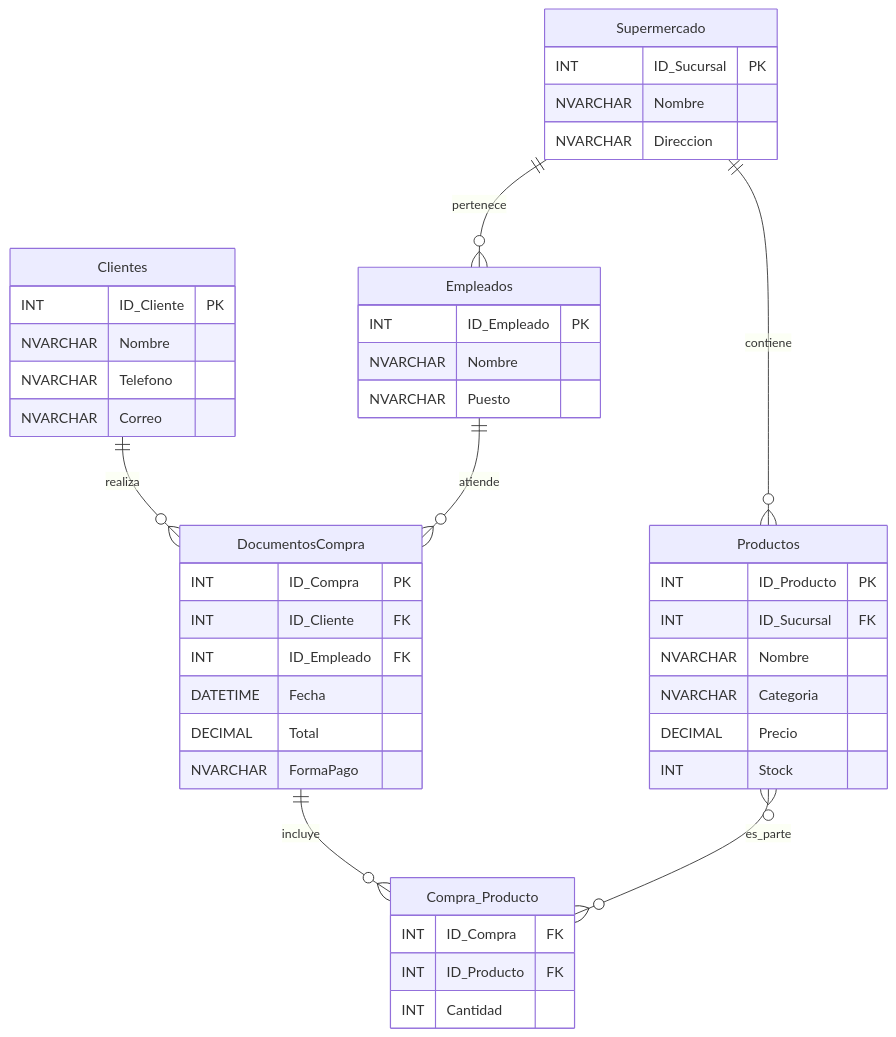
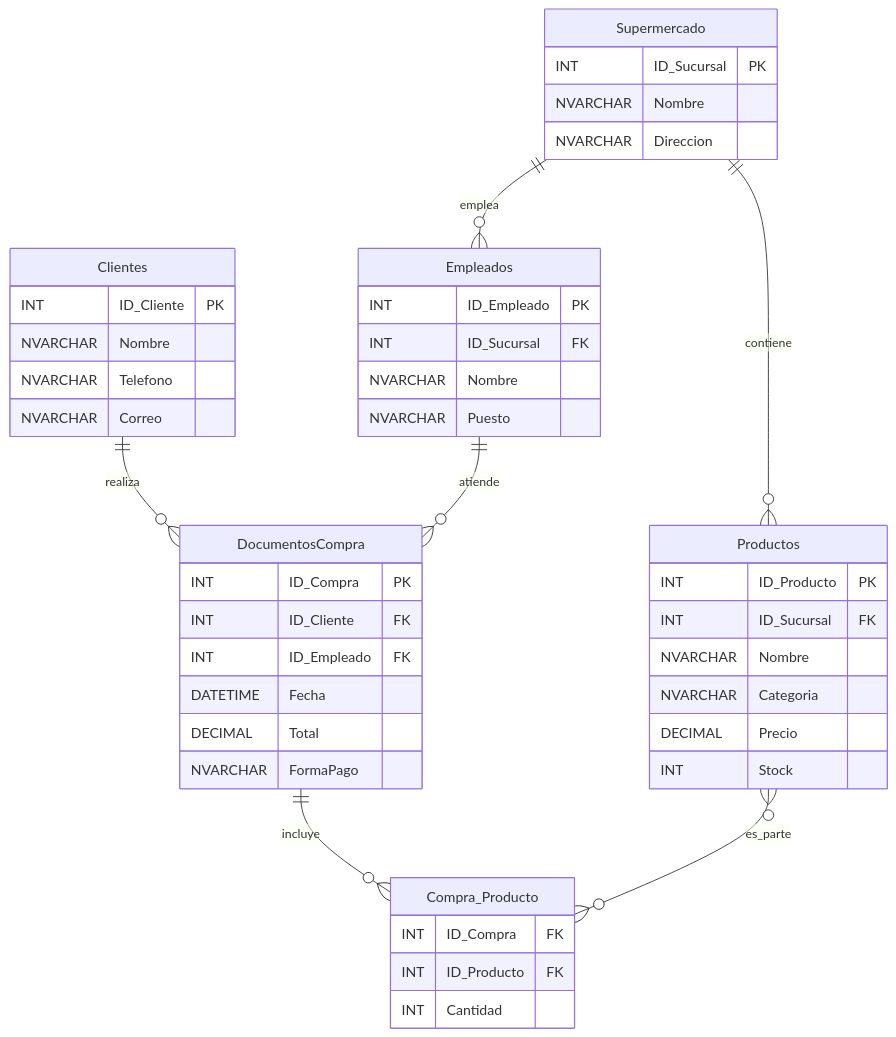
Before and after one commit to ElJoamy/Analisis-de-datos-SQL: the diagram in Tareas/Session1/modelo_conceptual_logico.md, drawn with Mermaid. The commit also changed other lines of this file, not shown here.

Commit message:
update ER

```diff
--- a/Tareas/Session1/modelo_conceptual_logico.md
+++ b/Tareas/Session1/modelo_conceptual_logico.md
@@ -111,52 +113,53 @@
 <div class="mermaid">
 erDiagram
+    Supermercado {
+        INT ID_Sucursal PK
+        NVARCHAR Nombre
+        NVARCHAR Direccion
+    }
+
+    Empleados {
+        INT ID_Empleado PK
+        INT ID_Sucursal FK
+        NVARCHAR Nombre
+        NVARCHAR Puesto
+    }
+
     Clientes {
         INT ID_Cliente PK
         NVARCHAR Nombre
         NVARCHAR Telefono
         NVARCHAR Correo
     }
 
     Productos {
         INT ID_Producto PK
         INT ID_Sucursal FK
         NVARCHAR Nombre
         NVARCHAR Categoria
         DECIMAL Precio
         INT Stock
     }
 
     DocumentosCompra {
         INT ID_Compra PK
         INT ID_Cliente FK
         INT ID_Empleado FK
         DATETIME Fecha
         DECIMAL Total
         NVARCHAR FormaPago
     }
 
     Compra_Producto {
         INT ID_Compra FK
         INT ID_Producto FK
         INT Cantidad
     }
 
-    Supermercado {
-        INT ID_Sucursal PK
-        NVARCHAR Nombre
-        NVARCHAR Direccion
-    }
-
-    Empleados {
-        INT ID_Empleado PK
-        NVARCHAR Nombre
-        NVARCHAR Puesto
-    }
-
+    Supermercado ||--o{ Empleados : emplea
+    Supermercado ||--o{ Productos : contiene
     Clientes ||--o{ DocumentosCompra : realiza
     DocumentosCompra ||--o{ Compra_Producto : incluye
     Productos }o--o{ Compra_Producto : es_parte
-    Supermercado ||--o{ Productos : contiene
-    Supermercado ||--o{ Empleados : pertenece
     Empleados ||--o{ DocumentosCompra : atiende
 </div>
```
